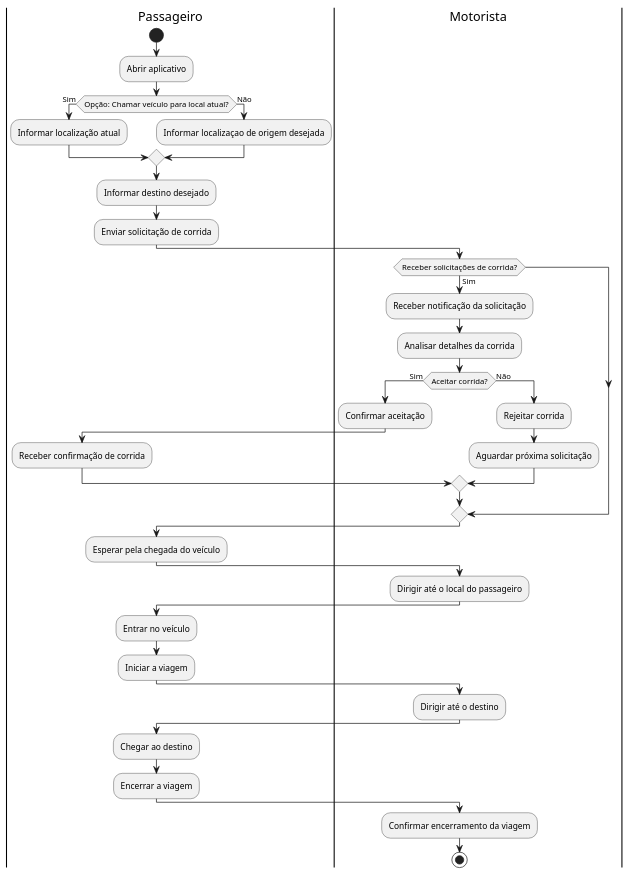
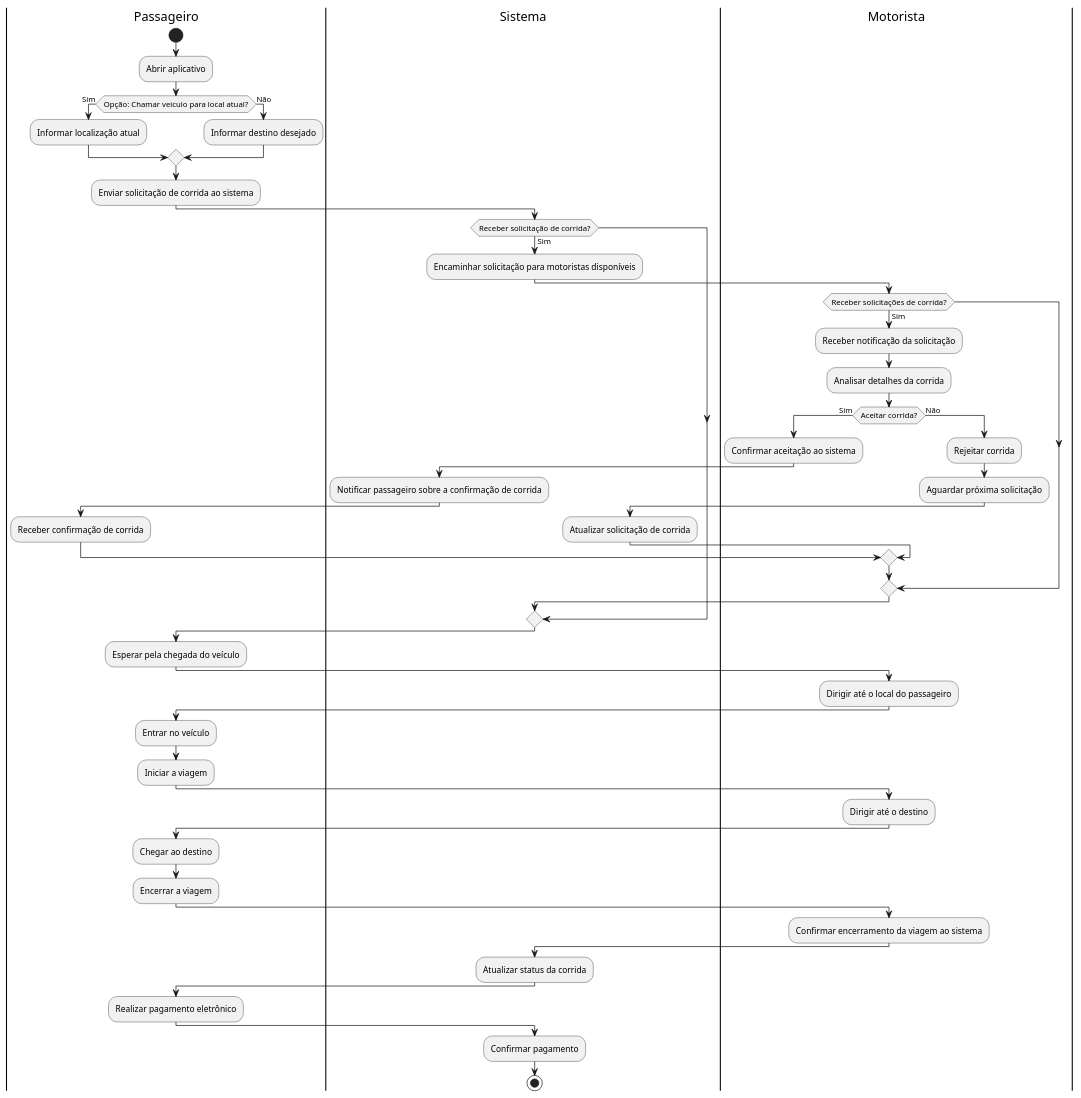
The diagram in Sprint_2/estado.puml (XMATHEUSX/UML), drawn with PlantUML before and after one commit. The commit also changed 5 other files, not shown here.

```diff
--- a/Sprint_2/estado.puml
+++ b/Sprint_2/estado.puml
@@ -1,41 +1,54 @@
 @startuml
 |Passageiro|
 start
 :Abrir aplicativo;
 if (Opção: Chamar veículo para local atual?) then (Sim)
   :Informar localização atual;
 else (Não)
-  :Informar localizaçao de origem desejada;
+  :Informar destino desejado;
 endif
-:Informar destino desejado;
-:Enviar solicitação de corrida;
-|Motorista|
-if (Receber solicitações de corrida?) then (Sim)
-  :Receber notificação da solicitação;
-  :Analisar detalhes da corrida;
-  if (Aceitar corrida?) then (Sim)
-    :Confirmar aceitação;
-    |Passageiro|
-    :Receber confirmação de corrida;
-  else (Não)
-    |Motorista|
-    :Rejeitar corrida;
-    :Aguardar próxima solicitação;
+:Enviar solicitação de corrida ao sistema;
+|Sistema|
+if (Receber solicitação de corrida?) then (Sim)
+  :Encaminhar solicitação para motoristas disponíveis;
+  |Motorista|
+  if (Receber solicitações de corrida?) then (Sim)
+    :Receber notificação da solicitação;
+    :Analisar detalhes da corrida;
+    if (Aceitar corrida?) then (Sim)
+      :Confirmar aceitação ao sistema;
+      |Sistema|
+      :Notificar passageiro sobre a confirmação de corrida;
+      |Passageiro|
+      :Receber confirmação de corrida;
+    else (Não)
+      |Motorista|
+      :Rejeitar corrida;
+      :Aguardar próxima solicitação;
+      |Sistema|
+      :Atualizar solicitação de corrida;
+    endif
   endif
 endif
 |Passageiro|
 :Esperar pela chegada do veículo;
 |Motorista|
 :Dirigir até o local do passageiro;
 |Passageiro|
 :Entrar no veículo;
 :Iniciar a viagem;
 |Motorista|
 :Dirigir até o destino;
 |Passageiro|
 :Chegar ao destino;
 :Encerrar a viagem;
 |Motorista|
-:Confirmar encerramento da viagem;
+:Confirmar encerramento da viagem ao sistema;
+|Sistema|
+:Atualizar status da corrida;
+|Passageiro|
+:Realizar pagamento eletrônico;
+|Sistema|
+:Confirmar pagamento;
 stop
 @enduml
```
